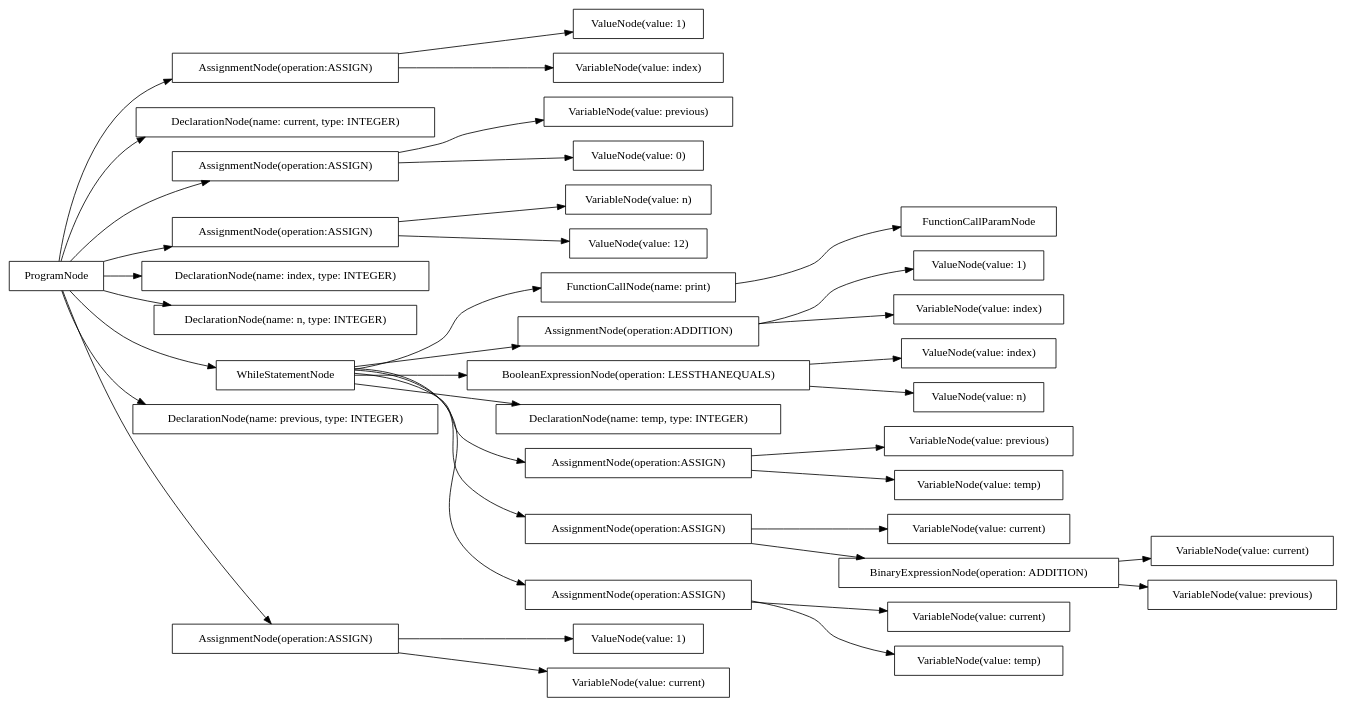
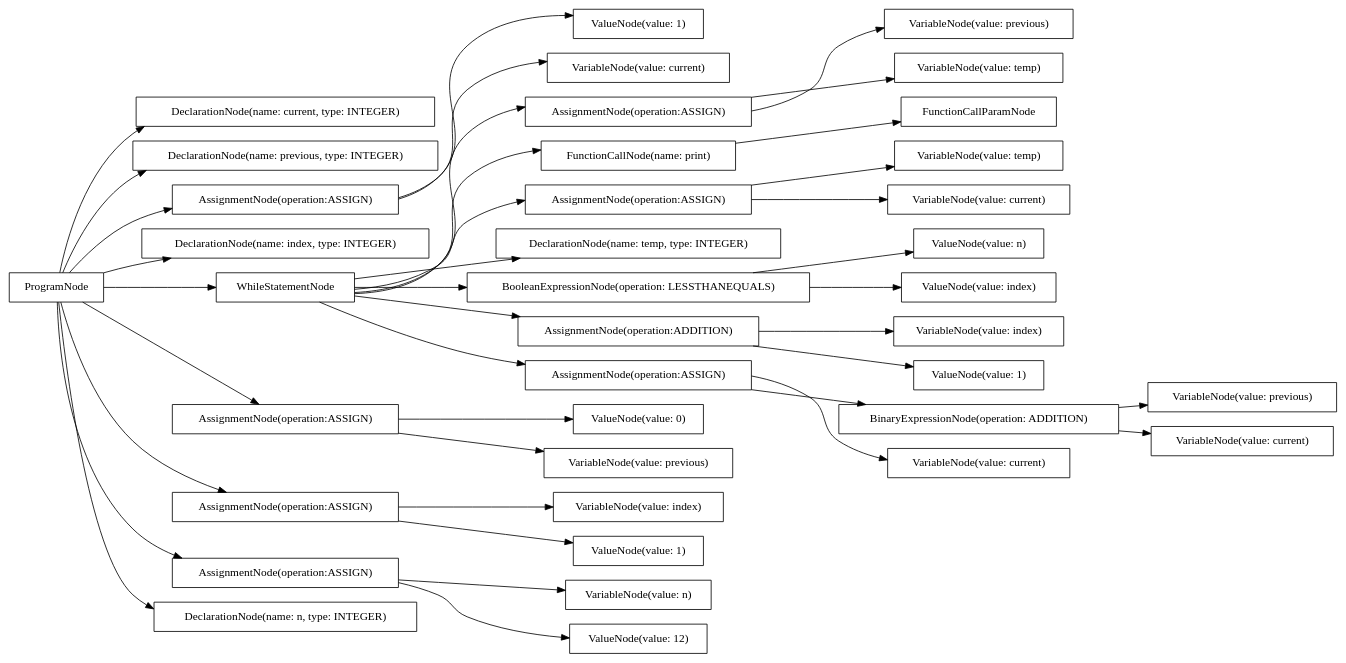
One commit to AtLeastITry/ANTLR-Python-Compiler changed the diagram in src/output/dot/fibonacci.dot. Above: the diagram before and after it, drawn with Graphviz. The commit also changed 158 other files, not shown here.

```diff
--- a/src/output/dot/fibonacci.dot
+++ b/src/output/dot/fibonacci.dot
@@ -1,78 +1,78 @@
 digraph G {
 rankdir=LR
-"291591e2-c03b-4b8d-9501-fb5b6d95924f" [label="VariableNode(value: current)" shape="box"];
-"5ffa3e9e-a1d8-4ea0-b378-e99d41e587de" [label="AssignmentNode(operation:ASSIGN)" shape="box"];
-"31028580-ea5e-4f89-bb8a-a3eb570904fe" [label="VariableNode(value: current)" shape="box"];
-"d159acf8-4baa-4252-b76e-6e1754ccbc6a" [label="ValueNode(value: 1)" shape="box"];
-"3b3d99c0-320c-4980-a75c-f48ebcd962bd" [label="DeclarationNode(name: current, type: INTEGER)" shape="box"];
-"51aad0a7-5668-41b4-af90-8ebd16ffc8c4" [label="VariableNode(value: current)" shape="box"];
-"ed1f769d-cb5e-4af5-bad1-0e108c68d508" [label="ProgramNode" shape="box"];
-"2ca28e8f-9bb5-48ca-91b4-cbc991c7cda2" [label="AssignmentNode(operation:ASSIGN)" shape="box"];
-"c30423fd-c911-4e0d-95bc-428f228381d8" [label="FunctionCallNode(name: print)" shape="box"];
-"767054fd-efc3-494e-8e07-630608f85ef7" [label="VariableNode(value: current)" shape="box"];
-"deba3bc4-612e-44b6-8306-d8dc4e658817" [label="ValueNode(value: 1)" shape="box"];
-"0ed02f4a-e8d7-4ae2-9808-67c2f4e29657" [label="ValueNode(value: 1)" shape="box"];
-"6610b424-afa5-42e0-a0dd-500de5072a3e" [label="AssignmentNode(operation:ASSIGN)" shape="box"];
-"84fdd6ee-7813-4da4-af2f-936de062779d" [label="AssignmentNode(operation:ADDITION)" shape="box"];
-"c880fca5-26c8-4dc0-b20d-7678f6dc9adf" [label="BooleanExpressionNode(operation: LESSTHANEQUALS)" shape="box"];
-"1dcaa0b9-e03e-4810-be34-032bedf3732a" [label="VariableNode(value: temp)" shape="box"];
-"d503a7c3-3cf6-40ab-b831-7935e316e553" [label="DeclarationNode(name: temp, type: INTEGER)" shape="box"];
-"d891a93e-a102-4903-880a-0fb18eb4747e" [label="VariableNode(value: n)" shape="box"];
-"2c93ac42-9c35-4af1-a33e-e63f1dcbde40" [label="ValueNode(value: index)" shape="box"];
-"8dc0a5fe-1429-4c1f-acb6-b9dc07e3f7a1" [label="AssignmentNode(operation:ASSIGN)" shape="box"];
-"c862daf8-813d-4a0a-8d62-017fd69fac8c" [label="VariableNode(value: previous)" shape="box"];
-"b1c75ab3-9cad-42d7-a24b-040d33ccd8a2" [label="BinaryExpressionNode(operation: ADDITION)" shape="box"];
-"f9b854ca-892a-46c0-a661-758ba749cf92" [label="DeclarationNode(name: index, type: INTEGER)" shape="box"];
-"55ebe391-82fd-4c92-ac54-f53e96c49512" [label="VariableNode(value: previous)" shape="box"];
-"f12ff3bc-9ec3-4ccb-a22a-9577d9289d87" [label="VariableNode(value: index)" shape="box"];
-"3a323e14-5ddc-4cb4-91d3-8b5c29a3dbc8" [label="DeclarationNode(name: n, type: INTEGER)" shape="box"];
-"ce73b138-a807-4c50-9771-93136a433c91" [label="VariableNode(value: previous)" shape="box"];
-"8e11392f-9a95-4e30-9d59-288384f47319" [label="FunctionCallParamNode" shape="box"];
-"1267cf4d-3740-4c1a-88da-73a6d1a719c5" [label="ValueNode(value: n)" shape="box"];
-"940f1608-da33-4cbb-a6a2-a7e69fdc3078" [label="ValueNode(value: 12)" shape="box"];
-"d42521e5-2894-41eb-bb2c-4b5bc1c9b32e" [label="WhileStatementNode" shape="box"];
-"1641b617-e1ec-4139-862c-039de144ca46" [label="DeclarationNode(name: previous, type: INTEGER)" shape="box"];
-"c0c74cde-c742-4117-a5c9-f8db720af0a0" [label="ValueNode(value: 0)" shape="box"];
-"7c480795-d3e9-45be-ad85-cf35a5cc6102" [label="VariableNode(value: index)" shape="box"];
-"7cd19754-e0a8-48b0-938c-b3f0be258370" [label="AssignmentNode(operation:ASSIGN)" shape="box"];
-"201e3087-739e-44db-9fbf-58b27941b62c" [label="AssignmentNode(operation:ASSIGN)" shape="box"];
-"5562e01d-e1e8-4d66-a6b5-1d959e5d69b0" [label="VariableNode(value: temp)" shape="box"];
-"c2504ed7-6370-44ab-9464-b64c3a32b239" [label="AssignmentNode(operation:ASSIGN)" shape="box"];
-"ed1f769d-cb5e-4af5-bad1-0e108c68d508" -> "3a323e14-5ddc-4cb4-91d3-8b5c29a3dbc8";
-"ed1f769d-cb5e-4af5-bad1-0e108c68d508" -> "1641b617-e1ec-4139-862c-039de144ca46";
-"ed1f769d-cb5e-4af5-bad1-0e108c68d508" -> "3b3d99c0-320c-4980-a75c-f48ebcd962bd";
-"ed1f769d-cb5e-4af5-bad1-0e108c68d508" -> "f9b854ca-892a-46c0-a661-758ba749cf92";
-"ed1f769d-cb5e-4af5-bad1-0e108c68d508" -> "6610b424-afa5-42e0-a0dd-500de5072a3e";
-"6610b424-afa5-42e0-a0dd-500de5072a3e" -> "d891a93e-a102-4903-880a-0fb18eb4747e";
-"6610b424-afa5-42e0-a0dd-500de5072a3e" -> "940f1608-da33-4cbb-a6a2-a7e69fdc3078";
-"ed1f769d-cb5e-4af5-bad1-0e108c68d508" -> "2ca28e8f-9bb5-48ca-91b4-cbc991c7cda2";
-"2ca28e8f-9bb5-48ca-91b4-cbc991c7cda2" -> "ce73b138-a807-4c50-9771-93136a433c91";
-"2ca28e8f-9bb5-48ca-91b4-cbc991c7cda2" -> "c0c74cde-c742-4117-a5c9-f8db720af0a0";
-"ed1f769d-cb5e-4af5-bad1-0e108c68d508" -> "c2504ed7-6370-44ab-9464-b64c3a32b239";
-"c2504ed7-6370-44ab-9464-b64c3a32b239" -> "767054fd-efc3-494e-8e07-630608f85ef7";
-"c2504ed7-6370-44ab-9464-b64c3a32b239" -> "d159acf8-4baa-4252-b76e-6e1754ccbc6a";
-"ed1f769d-cb5e-4af5-bad1-0e108c68d508" -> "5ffa3e9e-a1d8-4ea0-b378-e99d41e587de";
-"5ffa3e9e-a1d8-4ea0-b378-e99d41e587de" -> "7c480795-d3e9-45be-ad85-cf35a5cc6102";
-"5ffa3e9e-a1d8-4ea0-b378-e99d41e587de" -> "deba3bc4-612e-44b6-8306-d8dc4e658817";
-"ed1f769d-cb5e-4af5-bad1-0e108c68d508" -> "d42521e5-2894-41eb-bb2c-4b5bc1c9b32e";
-"d42521e5-2894-41eb-bb2c-4b5bc1c9b32e" -> "c880fca5-26c8-4dc0-b20d-7678f6dc9adf";
-"c880fca5-26c8-4dc0-b20d-7678f6dc9adf" -> "2c93ac42-9c35-4af1-a33e-e63f1dcbde40";
-"c880fca5-26c8-4dc0-b20d-7678f6dc9adf" -> "1267cf4d-3740-4c1a-88da-73a6d1a719c5";
-"d42521e5-2894-41eb-bb2c-4b5bc1c9b32e" -> "c30423fd-c911-4e0d-95bc-428f228381d8";
-"c30423fd-c911-4e0d-95bc-428f228381d8" -> "8e11392f-9a95-4e30-9d59-288384f47319";
-"d42521e5-2894-41eb-bb2c-4b5bc1c9b32e" -> "d503a7c3-3cf6-40ab-b831-7935e316e553";
-"d42521e5-2894-41eb-bb2c-4b5bc1c9b32e" -> "201e3087-739e-44db-9fbf-58b27941b62c";
-"201e3087-739e-44db-9fbf-58b27941b62c" -> "1dcaa0b9-e03e-4810-be34-032bedf3732a";
-"201e3087-739e-44db-9fbf-58b27941b62c" -> "31028580-ea5e-4f89-bb8a-a3eb570904fe";
-"d42521e5-2894-41eb-bb2c-4b5bc1c9b32e" -> "7cd19754-e0a8-48b0-938c-b3f0be258370";
-"7cd19754-e0a8-48b0-938c-b3f0be258370" -> "51aad0a7-5668-41b4-af90-8ebd16ffc8c4";
-"7cd19754-e0a8-48b0-938c-b3f0be258370" -> "b1c75ab3-9cad-42d7-a24b-040d33ccd8a2";
-"b1c75ab3-9cad-42d7-a24b-040d33ccd8a2" -> "291591e2-c03b-4b8d-9501-fb5b6d95924f";
-"b1c75ab3-9cad-42d7-a24b-040d33ccd8a2" -> "55ebe391-82fd-4c92-ac54-f53e96c49512";
-"d42521e5-2894-41eb-bb2c-4b5bc1c9b32e" -> "8dc0a5fe-1429-4c1f-acb6-b9dc07e3f7a1";
-"8dc0a5fe-1429-4c1f-acb6-b9dc07e3f7a1" -> "c862daf8-813d-4a0a-8d62-017fd69fac8c";
-"8dc0a5fe-1429-4c1f-acb6-b9dc07e3f7a1" -> "5562e01d-e1e8-4d66-a6b5-1d959e5d69b0";
-"d42521e5-2894-41eb-bb2c-4b5bc1c9b32e" -> "84fdd6ee-7813-4da4-af2f-936de062779d";
-"84fdd6ee-7813-4da4-af2f-936de062779d" -> "f12ff3bc-9ec3-4ccb-a22a-9577d9289d87";
-"84fdd6ee-7813-4da4-af2f-936de062779d" -> "0ed02f4a-e8d7-4ae2-9808-67c2f4e29657";
+"baded3a2-28f0-4b38-b624-68f5ed207885" [label="ValueNode(value: 1)" shape="box"];
+"58e0236e-1c2d-404a-b896-569d83e9d68a" [label="VariableNode(value: index)" shape="box"];
+"e4f52d26-ecbc-4ace-96b5-be5d0732cf7e" [label="DeclarationNode(name: current, type: INTEGER)" shape="box"];
+"91cea21d-31ed-4eb4-bbd4-73dc3de4de63" [label="ValueNode(value: 0)" shape="box"];
+"9abd6c17-92e5-43f8-a7f3-cb9df027e1fb" [label="AssignmentNode(operation:ASSIGN)" shape="box"];
+"2b68e5a5-076d-4bb3-95b4-43a6c708eb8c" [label="VariableNode(value: previous)" shape="box"];
+"421bbd7b-d7a7-4212-b8dd-8d540d4c2cd9" [label="DeclarationNode(name: previous, type: INTEGER)" shape="box"];
+"1380fa2d-f6af-48f0-866f-6e60a20a90fe" [label="BinaryExpressionNode(operation: ADDITION)" shape="box"];
+"57a6f244-fbc1-4231-9774-dea6e70ad700" [label="VariableNode(value: n)" shape="box"];
+"5ae0d850-214f-4dd5-9aac-2b2fa369088a" [label="FunctionCallNode(name: print)" shape="box"];
+"3bd8f656-49fc-4641-98c8-43f0e931a931" [label="VariableNode(value: previous)" shape="box"];
+"7b440642-e64f-4455-b132-2a03428b5d2d" [label="ValueNode(value: n)" shape="box"];
+"5149edf1-4a08-4762-b933-f6f3a797eb8e" [label="VariableNode(value: index)" shape="box"];
+"413dbd83-693b-43cb-9095-d7dbccc6864a" [label="AssignmentNode(operation:ASSIGN)" shape="box"];
+"89245aff-9072-45f1-a377-96769d10e985" [label="AssignmentNode(operation:ASSIGN)" shape="box"];
+"e9f6e6e3-195d-4dbf-9e42-31278dbb8b38" [label="ValueNode(value: 12)" shape="box"];
+"55c944d0-16b3-4560-ae42-6a0c9e062c10" [label="DeclarationNode(name: temp, type: INTEGER)" shape="box"];
+"7c1cc683-b18d-4a10-a0fd-2aac68235ca4" [label="VariableNode(value: temp)" shape="box"];
+"04b91007-3f7f-4c2d-b167-65521f7911b7" [label="DeclarationNode(name: index, type: INTEGER)" shape="box"];
+"09b326f8-8479-4c9a-8703-afcf45f67dc5" [label="WhileStatementNode" shape="box"];
+"ac0a2c30-97c8-4de5-b2da-33905de9ceaf" [label="AssignmentNode(operation:ASSIGN)" shape="box"];
+"7d4868d3-f45d-4c1e-b7b5-5569a4017058" [label="ValueNode(value: index)" shape="box"];
+"23b8f8dd-73f7-42fb-a2db-cbe82782d778" [label="FunctionCallParamNode" shape="box"];
+"4d2eec96-71b3-4bb2-860b-a93261ac5bcc" [label="VariableNode(value: current)" shape="box"];
+"38196d00-60ab-48b0-9487-e3c0c691a035" [label="BooleanExpressionNode(operation: LESSTHANEQUALS)" shape="box"];
+"d687972f-1112-4fbe-b34c-c5f50ed1fe4f" [label="ValueNode(value: 1)" shape="box"];
+"8f07229f-e07c-4fb8-8d9f-6b86dd763f56" [label="VariableNode(value: temp)" shape="box"];
+"a7d9fb17-75f9-45a8-8c4b-186bd4cc609b" [label="AssignmentNode(operation:ADDITION)" shape="box"];
+"f41f6a24-5fd2-43e8-8b1c-ec873b8c1d3f" [label="AssignmentNode(operation:ASSIGN)" shape="box"];
+"f1ed996f-e5fd-41c0-828f-1faddc4ec77d" [label="VariableNode(value: previous)" shape="box"];
+"a8827f0f-794a-454e-b01f-9edb58e4b899" [label="AssignmentNode(operation:ASSIGN)" shape="box"];
+"9737a87d-8fc4-4b49-bcda-15b1d8a524f9" [label="VariableNode(value: current)" shape="box"];
+"eb7771a9-622c-46b4-80ed-aefc7dc0c1e3" [label="AssignmentNode(operation:ASSIGN)" shape="box"];
+"b4b65441-538a-42a6-be09-ab6d377fb4fa" [label="DeclarationNode(name: n, type: INTEGER)" shape="box"];
+"056aed4f-3a57-4b39-a2b6-2340aa8ae5cd" [label="VariableNode(value: current)" shape="box"];
+"0d61d43d-d903-45ae-add0-200f6524d0b1" [label="VariableNode(value: current)" shape="box"];
+"2dd3e18e-80e7-4f98-b091-bfae4f511131" [label="ValueNode(value: 1)" shape="box"];
+"dbd24a0c-1aa5-4e9e-a4b2-9f3cd22ca939" [label="ProgramNode" shape="box"];
+"dbd24a0c-1aa5-4e9e-a4b2-9f3cd22ca939" -> "b4b65441-538a-42a6-be09-ab6d377fb4fa";
+"dbd24a0c-1aa5-4e9e-a4b2-9f3cd22ca939" -> "421bbd7b-d7a7-4212-b8dd-8d540d4c2cd9";
+"dbd24a0c-1aa5-4e9e-a4b2-9f3cd22ca939" -> "e4f52d26-ecbc-4ace-96b5-be5d0732cf7e";
+"dbd24a0c-1aa5-4e9e-a4b2-9f3cd22ca939" -> "04b91007-3f7f-4c2d-b167-65521f7911b7";
+"dbd24a0c-1aa5-4e9e-a4b2-9f3cd22ca939" -> "a8827f0f-794a-454e-b01f-9edb58e4b899";
+"a8827f0f-794a-454e-b01f-9edb58e4b899" -> "57a6f244-fbc1-4231-9774-dea6e70ad700";
+"a8827f0f-794a-454e-b01f-9edb58e4b899" -> "e9f6e6e3-195d-4dbf-9e42-31278dbb8b38";
+"dbd24a0c-1aa5-4e9e-a4b2-9f3cd22ca939" -> "ac0a2c30-97c8-4de5-b2da-33905de9ceaf";
+"ac0a2c30-97c8-4de5-b2da-33905de9ceaf" -> "3bd8f656-49fc-4641-98c8-43f0e931a931";
+"ac0a2c30-97c8-4de5-b2da-33905de9ceaf" -> "91cea21d-31ed-4eb4-bbd4-73dc3de4de63";
+"dbd24a0c-1aa5-4e9e-a4b2-9f3cd22ca939" -> "413dbd83-693b-43cb-9095-d7dbccc6864a";
+"413dbd83-693b-43cb-9095-d7dbccc6864a" -> "9737a87d-8fc4-4b49-bcda-15b1d8a524f9";
+"413dbd83-693b-43cb-9095-d7dbccc6864a" -> "baded3a2-28f0-4b38-b624-68f5ed207885";
+"dbd24a0c-1aa5-4e9e-a4b2-9f3cd22ca939" -> "f41f6a24-5fd2-43e8-8b1c-ec873b8c1d3f";
+"f41f6a24-5fd2-43e8-8b1c-ec873b8c1d3f" -> "58e0236e-1c2d-404a-b896-569d83e9d68a";
+"f41f6a24-5fd2-43e8-8b1c-ec873b8c1d3f" -> "d687972f-1112-4fbe-b34c-c5f50ed1fe4f";
+"dbd24a0c-1aa5-4e9e-a4b2-9f3cd22ca939" -> "09b326f8-8479-4c9a-8703-afcf45f67dc5";
+"09b326f8-8479-4c9a-8703-afcf45f67dc5" -> "38196d00-60ab-48b0-9487-e3c0c691a035";
+"38196d00-60ab-48b0-9487-e3c0c691a035" -> "7d4868d3-f45d-4c1e-b7b5-5569a4017058";
+"38196d00-60ab-48b0-9487-e3c0c691a035" -> "7b440642-e64f-4455-b132-2a03428b5d2d";
+"09b326f8-8479-4c9a-8703-afcf45f67dc5" -> "5ae0d850-214f-4dd5-9aac-2b2fa369088a";
+"5ae0d850-214f-4dd5-9aac-2b2fa369088a" -> "23b8f8dd-73f7-42fb-a2db-cbe82782d778";
+"09b326f8-8479-4c9a-8703-afcf45f67dc5" -> "55c944d0-16b3-4560-ae42-6a0c9e062c10";
+"09b326f8-8479-4c9a-8703-afcf45f67dc5" -> "89245aff-9072-45f1-a377-96769d10e985";
+"89245aff-9072-45f1-a377-96769d10e985" -> "7c1cc683-b18d-4a10-a0fd-2aac68235ca4";
+"89245aff-9072-45f1-a377-96769d10e985" -> "056aed4f-3a57-4b39-a2b6-2340aa8ae5cd";
+"09b326f8-8479-4c9a-8703-afcf45f67dc5" -> "eb7771a9-622c-46b4-80ed-aefc7dc0c1e3";
+"eb7771a9-622c-46b4-80ed-aefc7dc0c1e3" -> "4d2eec96-71b3-4bb2-860b-a93261ac5bcc";
+"eb7771a9-622c-46b4-80ed-aefc7dc0c1e3" -> "1380fa2d-f6af-48f0-866f-6e60a20a90fe";
+"1380fa2d-f6af-48f0-866f-6e60a20a90fe" -> "0d61d43d-d903-45ae-add0-200f6524d0b1";
+"1380fa2d-f6af-48f0-866f-6e60a20a90fe" -> "f1ed996f-e5fd-41c0-828f-1faddc4ec77d";
+"09b326f8-8479-4c9a-8703-afcf45f67dc5" -> "9abd6c17-92e5-43f8-a7f3-cb9df027e1fb";
+"9abd6c17-92e5-43f8-a7f3-cb9df027e1fb" -> "2b68e5a5-076d-4bb3-95b4-43a6c708eb8c";
+"9abd6c17-92e5-43f8-a7f3-cb9df027e1fb" -> "8f07229f-e07c-4fb8-8d9f-6b86dd763f56";
+"09b326f8-8479-4c9a-8703-afcf45f67dc5" -> "a7d9fb17-75f9-45a8-8c4b-186bd4cc609b";
+"a7d9fb17-75f9-45a8-8c4b-186bd4cc609b" -> "5149edf1-4a08-4762-b933-f6f3a797eb8e";
+"a7d9fb17-75f9-45a8-8c4b-186bd4cc609b" -> "2dd3e18e-80e7-4f98-b091-bfae4f511131";
 }
```
